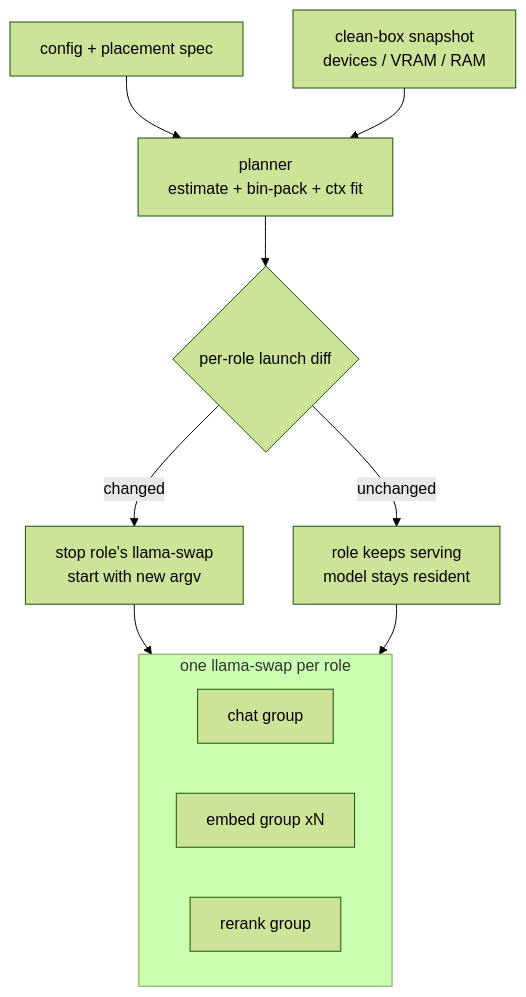
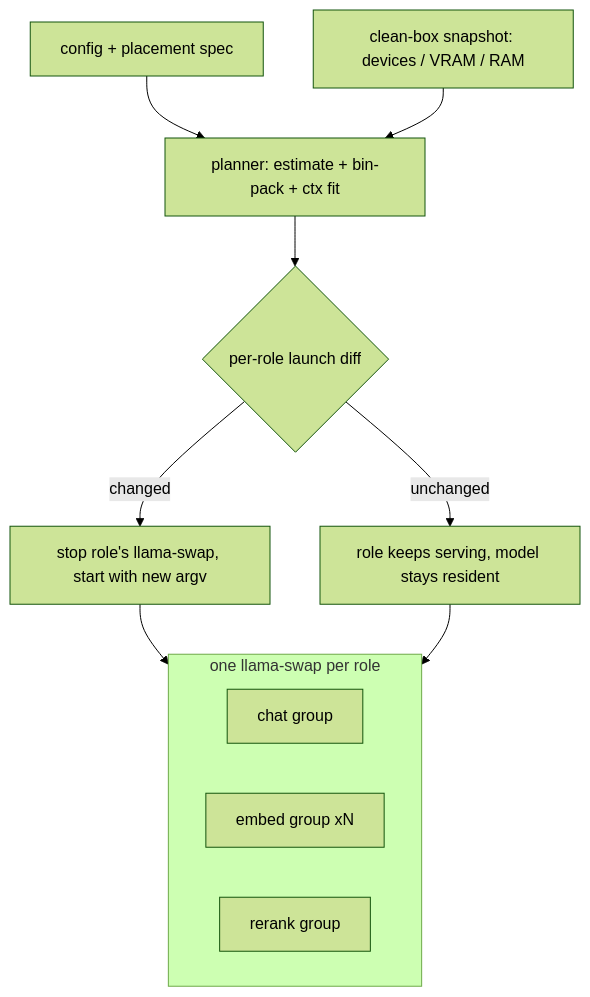
The fourth of 7 diagrams in docs/architecture.md (tobocop2/lilbee), drawn with Mermaid (forest theme) before and after one commit.

Commit message:
Render the fleet diagram labels on one line

````diff
--- a/docs/architecture.md
+++ b/docs/architecture.md
@@ -241,15 +241,15 @@
 ```mermaid
 flowchart TB
-    CFG[config + placement spec] --> PLAN[planner\nestimate + bin-pack + ctx fit]
-    SNAP[clean-box snapshot\ndevices / VRAM / RAM] --> PLAN
+    CFG[config + placement spec] --> PLAN[planner: estimate + bin-pack + ctx fit]
+    SNAP[clean-box snapshot: devices / VRAM / RAM] --> PLAN
     PLAN --> DIFF{per-role launch diff}
-    DIFF -->|unchanged| KEEP[role keeps serving\nmodel stays resident]
-    DIFF -->|changed| RESTART[stop role's llama-swap\nstart with new argv]
+    DIFF -->|unchanged| KEEP[role keeps serving, model stays resident]
+    DIFF -->|changed| RESTART[stop role's llama-swap, start with new argv]
     subgraph fleet [one llama-swap per role]
         CHAT[chat group]
         EMBED[embed group xN]
         RERANK[rerank group]
     end
     RESTART --> fleet
     KEEP --> fleet
 ```
````
